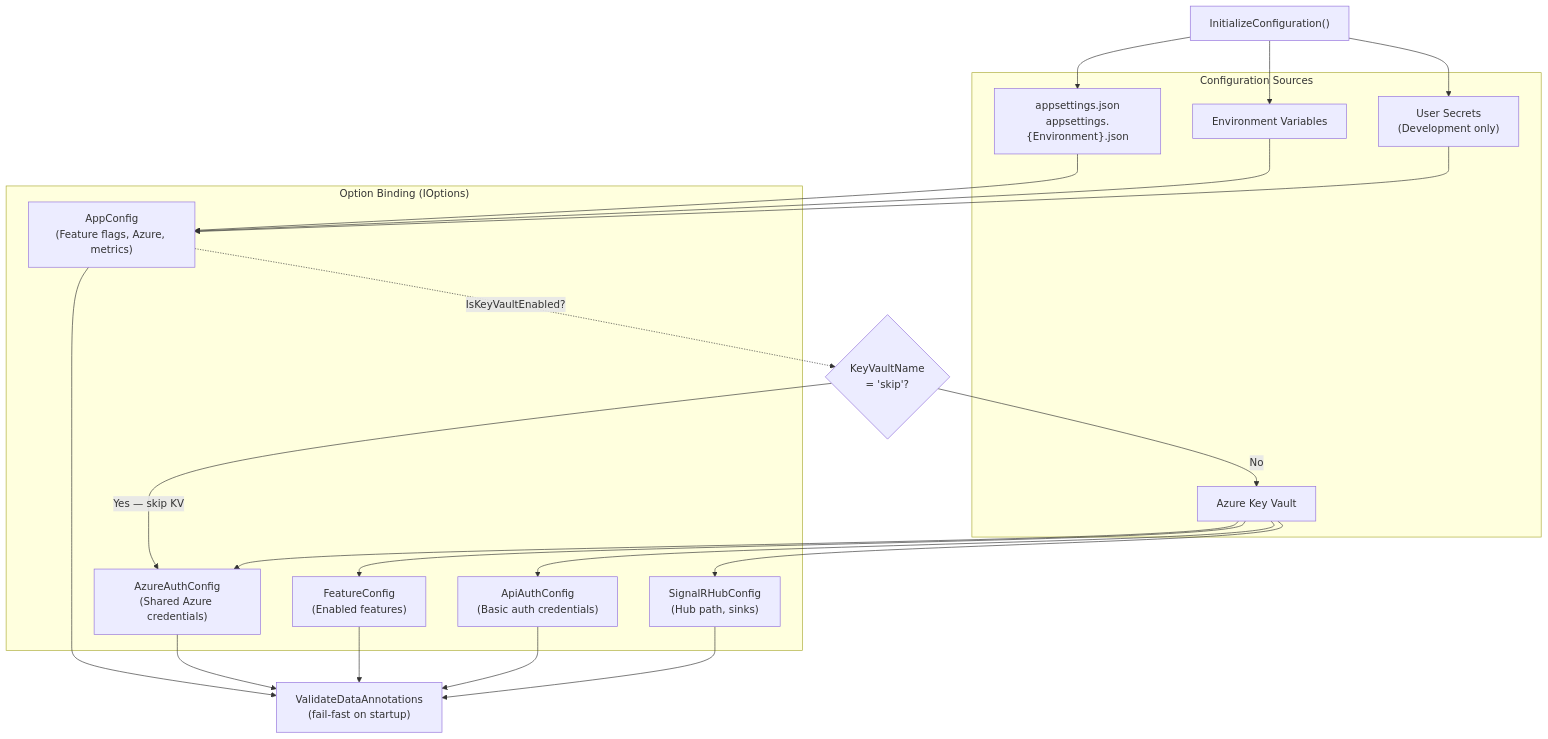
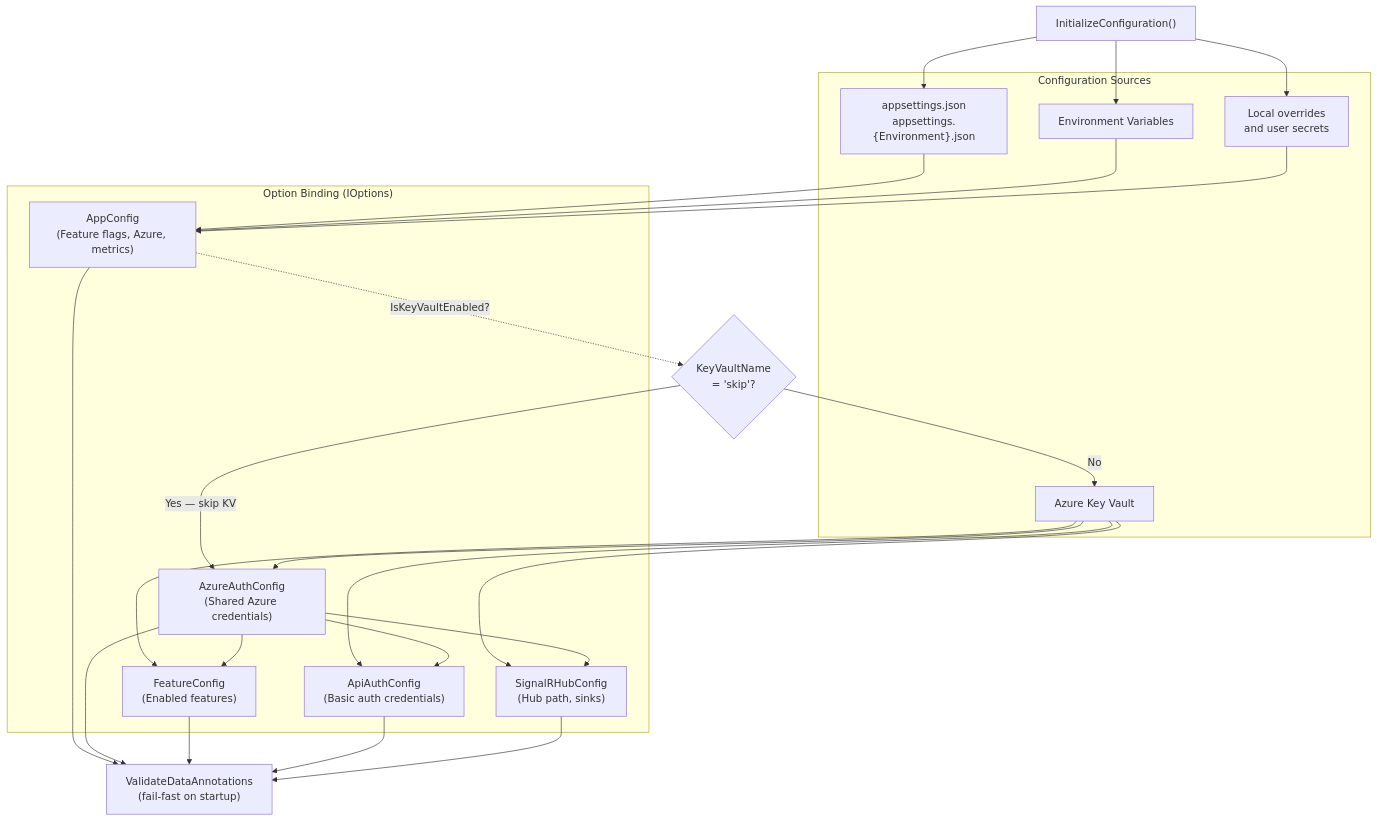
Before and after one commit to f2calv/SmartHaus: the diagram in src/CasCap.App/README.md, drawn with Mermaid. The commit also changed other lines of this file and 34 other files, not shown here.

````diff
--- a/src/CasCap.App/README.md
+++ b/src/CasCap.App/README.md
@@ -46,39 +89,42 @@
 ```mermaid
 flowchart TD
     START["InitializeConfiguration()"]
 
     subgraph Sources["Configuration Sources"]
         APPSETTINGS["appsettings.json<br/>appsettings.{Environment}.json"]
         ENV["Environment Variables"]
-        SECRETS["User Secrets<br/>(Development only)"]
+        SECRETS["Local overrides<br/>and user secrets"]
         KV["Azure Key Vault"]
     end
 
     subgraph Binding["Option Binding (IOptions)"]
         APP["AppConfig<br/>(Feature flags, Azure, metrics)"]
         AZURE["AzureAuthConfig<br/>(Shared Azure credentials)"]
         FEATURES["FeatureConfig<br/>(Enabled features)"]
         AUTH["ApiAuthConfig<br/>(Basic auth credentials)"]
         HUB["SignalRHubConfig<br/>(Hub path, sinks)"]
     end
 
     START --> APPSETTINGS
     START --> ENV
     START --> SECRETS
     APPSETTINGS --> APP
     ENV --> APP
     SECRETS --> APP
     APP -."IsKeyVaultEnabled?".-> KV_CHECK{"KeyVaultName<br/>= 'skip'?"}
     KV_CHECK -->|"No"| KV
     KV_CHECK -->|"Yes — skip KV"| AZURE
     KV --> AZURE
     KV --> FEATURES
     KV --> AUTH
     KV --> HUB
+    AZURE --> FEATURES
+    AZURE --> AUTH
+    AZURE --> HUB
 
     APP --> VALIDATION["ValidateDataAnnotations<br/>(fail-fast on startup)"]
     AZURE --> VALIDATION
     FEATURES --> VALIDATION
     AUTH --> VALIDATION
     HUB --> VALIDATION
 ```
````
